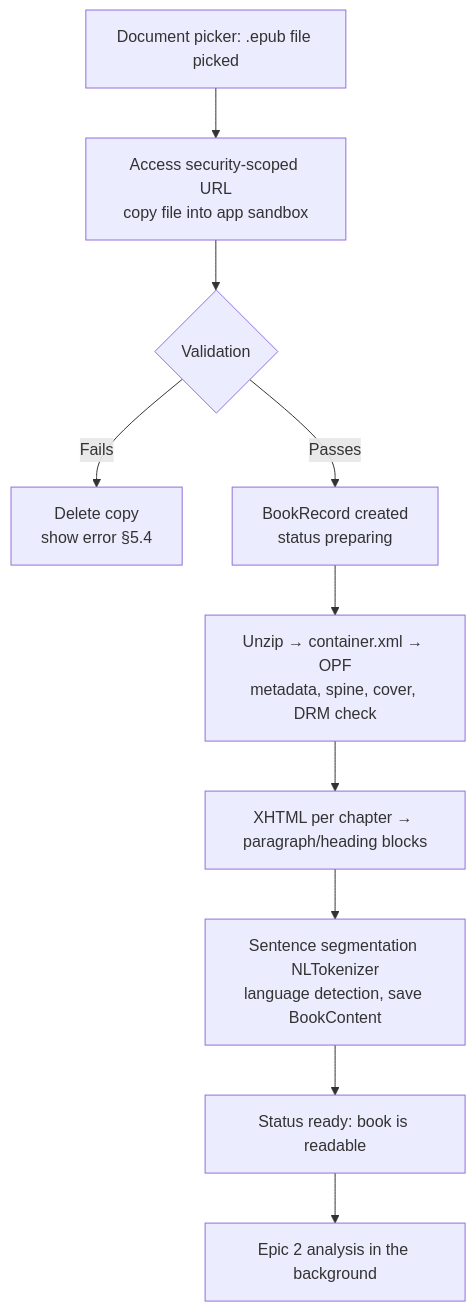
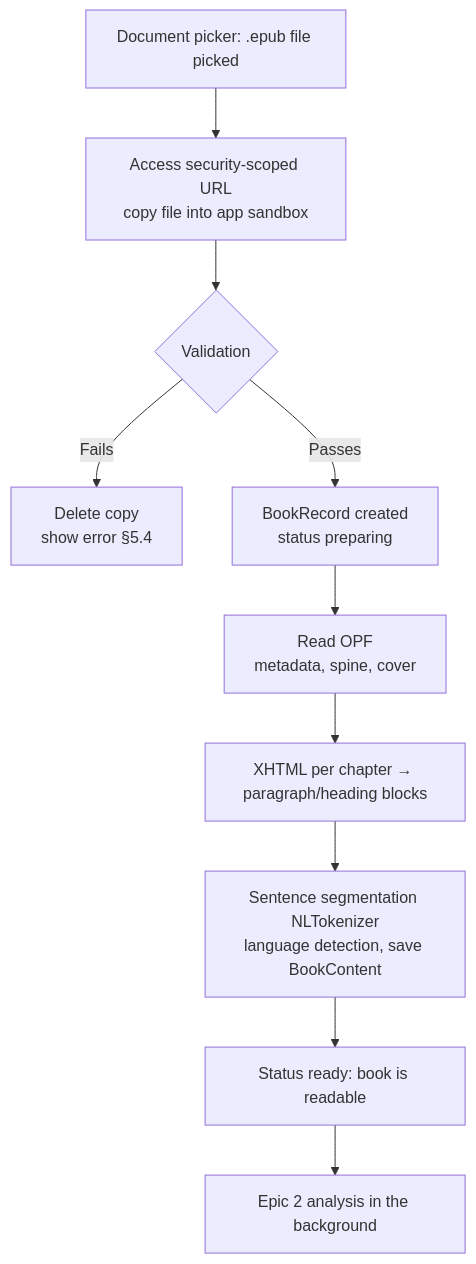
One commit to AftrHours/PRD changed the second of 2 diagrams in 1.1-Import-Book-Files-EN.md. Above: the diagram before and after it, drawn with Mermaid. The commit also changed other lines of this file and 5 other files, not shown here.

````diff
--- a/1.1-Import-Book-Files-EN.md
+++ b/1.1-Import-Book-Files-EN.md
@@ -139,12 +139,12 @@
 ```mermaid
 flowchart TD
   A[Document picker: .epub file picked] --> B[Access security-scoped URL<br/>copy file into app sandbox]
   B --> C{Validation}
   C -- Fails --> X[Delete copy<br/>show error §5.4]
   C -- Passes --> D[BookRecord created<br/>status preparing]
-  D --> F[Unzip → container.xml → OPF<br/>metadata, spine, cover, DRM check]
+  D --> F[Read OPF<br/>metadata, spine, cover]
   F --> H[XHTML per chapter → paragraph/heading blocks]
   H --> I[Sentence segmentation NLTokenizer<br/>language detection, save BookContent]
   I --> J[Status ready: book is readable]
   J --> K[Epic 2 analysis in the background]
 ```
````
